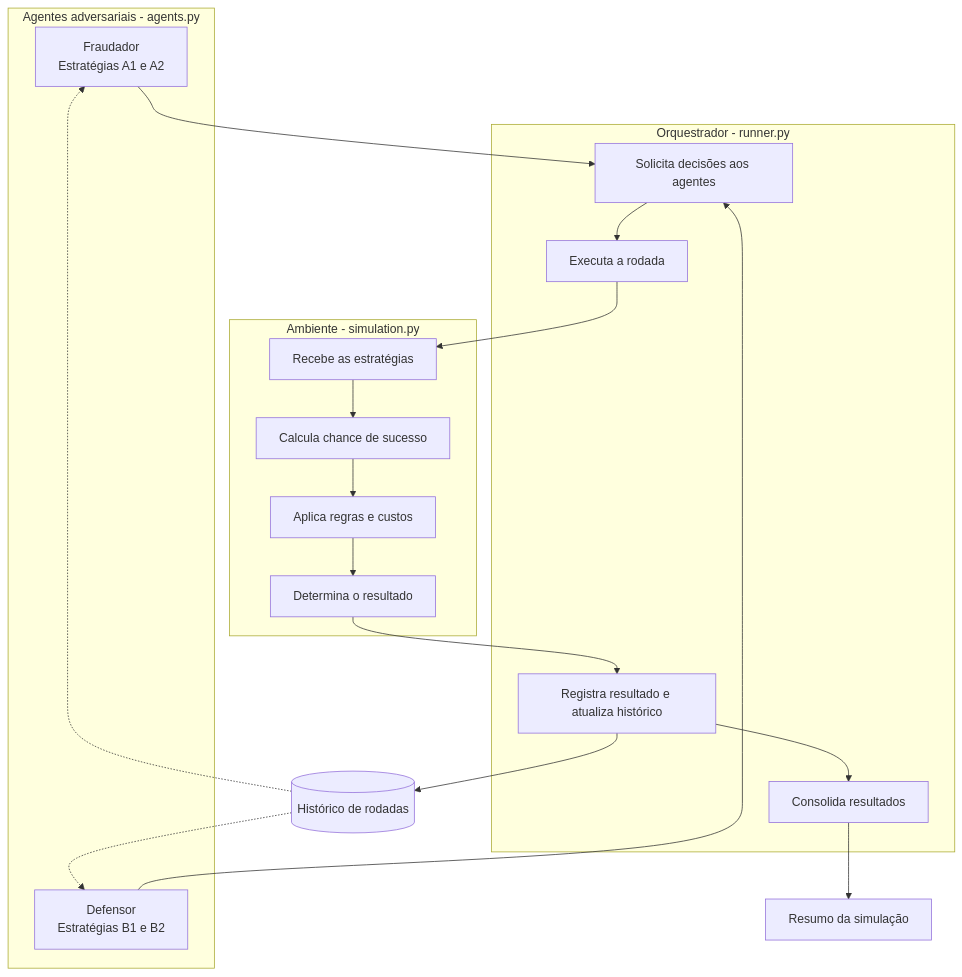
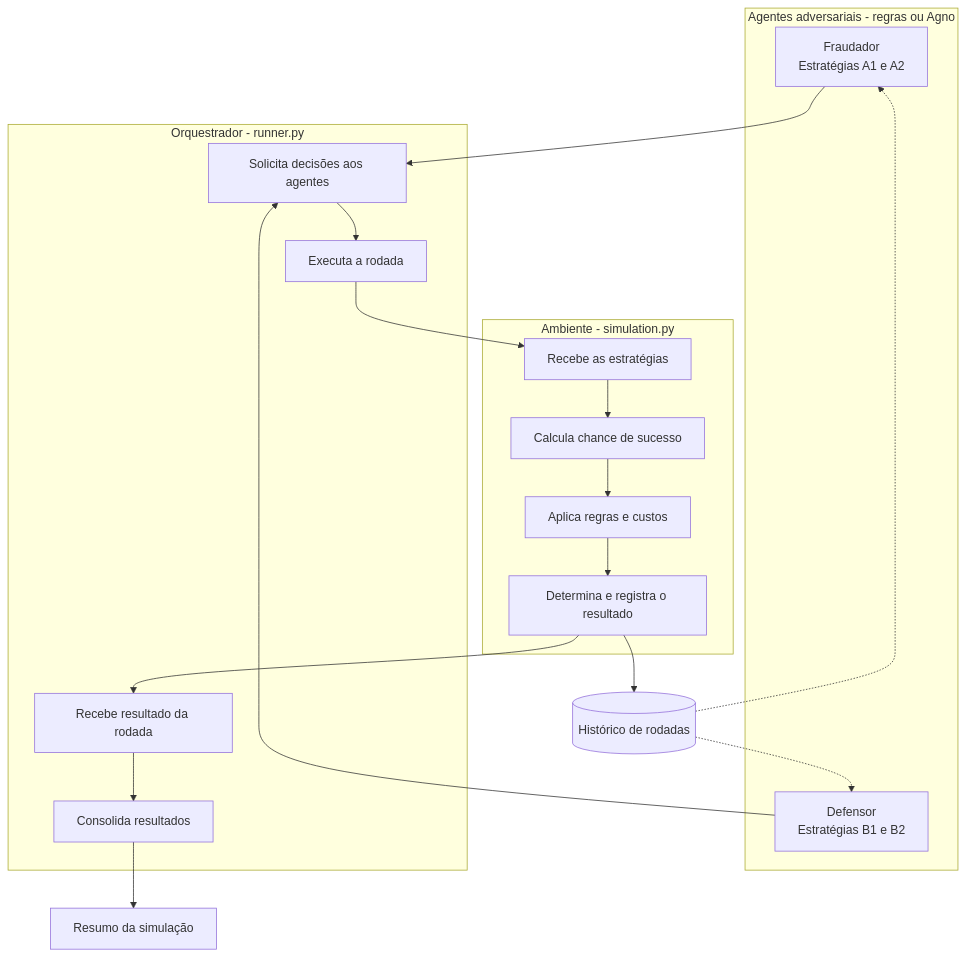
One commit to Bscanto/Sistema-Adversarial changed the first of 2 diagrams in Trabalho-2/README.md. Above: the diagram before and after it, drawn with Mermaid. The commit also changed other lines of this file, not shown here.

Commit message:
docs: atualiza README com probabilidades, custos e estratégias implementadas

````diff
--- a/Trabalho-2/README.md
+++ b/Trabalho-2/README.md
@@ -43,38 +72,38 @@
 ```mermaid
 flowchart TD
-    subgraph AGENTES["Agentes adversariais - agents.py"]
+    subgraph AGENTES["Agentes adversariais - regras ou Agno"]
         F["Fraudador<br/>Estratégias A1 e A2"]
         D["Defensor<br/>Estratégias B1 e B2"]
     end
 
     subgraph RUNNER["Orquestrador - runner.py"]
         R1["Solicita decisões aos agentes"]
         R2["Executa a rodada"]
-        R3["Registra resultado e atualiza histórico"]
+        R3["Recebe resultado da rodada"]
         R4["Consolida resultados"]
     end
 
     subgraph AMBIENTE["Ambiente - simulation.py"]
         S1["Recebe as estratégias"]
         S2["Calcula chance de sucesso"]
         S3["Aplica regras e custos"]
-        S4["Determina o resultado"]
+        S4["Determina e registra o resultado"]
     end
 
     H[("Histórico de rodadas")]
     RES["Resumo da simulação"]
 
     F --> R1
     D --> R1
     R1 --> R2
     R2 --> S1
     S1 --> S2
     S2 --> S3
     S3 --> S4
     S4 --> R3
-    R3 --> H
+    S4 --> H
     H -.-> F
     H -.-> D
     R3 --> R4
     R4 --> RES
 ```
````
